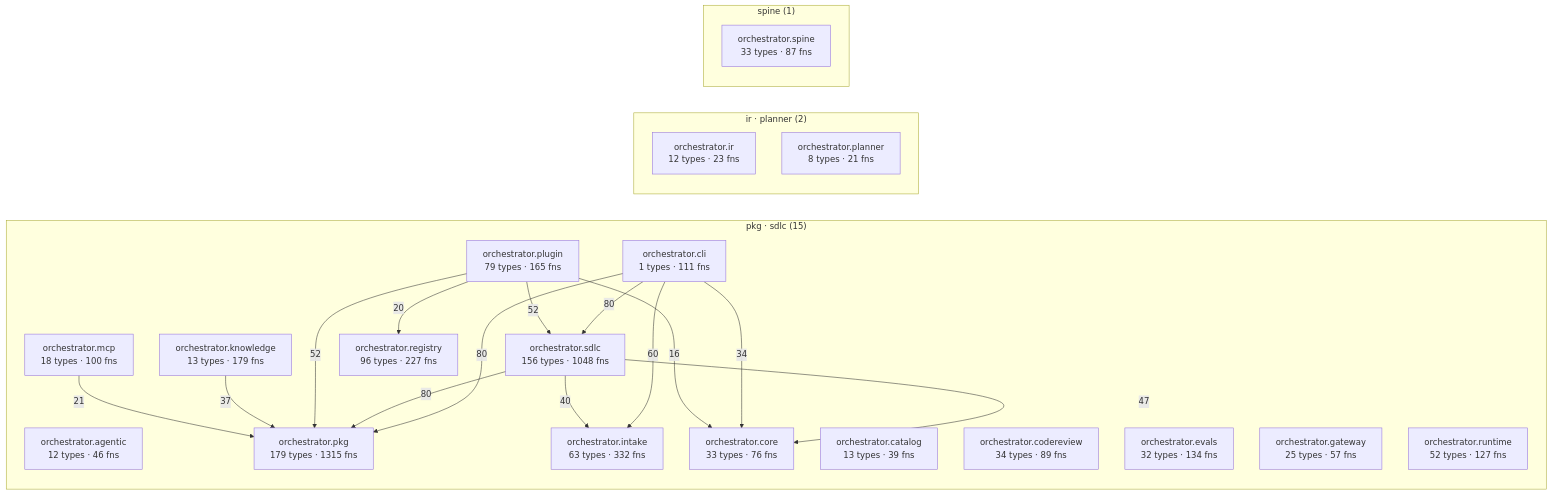
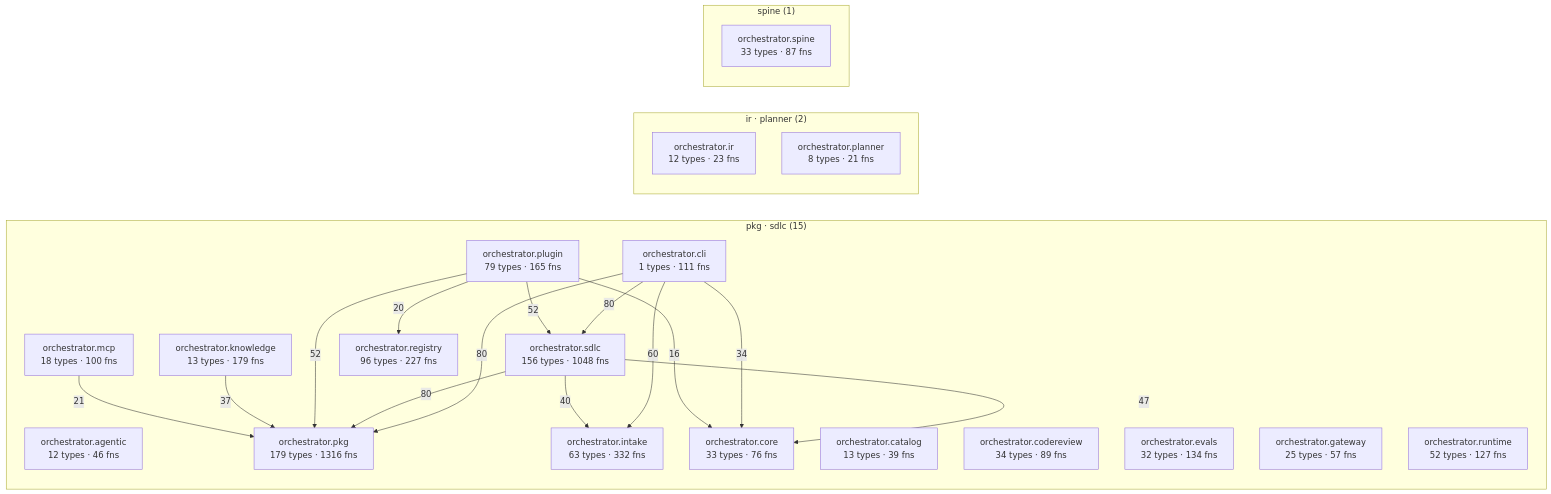
Before and after one commit to synaptixs/spine: the diagram in episteme/architecture.md, drawn with Mermaid. The commit also changed other lines of this file and 12 other files, not shown here.

````diff
--- a/episteme/architecture.md
+++ b/episteme/architecture.md
@@ -56,40 +56,40 @@
 ```mermaid
 flowchart LR
   subgraph c_2["pkg · sdlc (15)"]
     aorchestratoragentic["orchestrator.agentic<br/>12 types · 46 fns"]
     aorchestratorcatalog["orchestrator.catalog<br/>13 types · 39 fns"]
     aorchestratorcli["orchestrator.cli<br/>1 types · 111 fns"]
     aorchestratorcodereview["orchestrator.codereview<br/>34 types · 89 fns"]
     aorchestratorcore["orchestrator.core<br/>33 types · 76 fns"]
     aorchestratorevals["orchestrator.evals<br/>32 types · 134 fns"]
     aorchestratorgateway["orchestrator.gateway<br/>25 types · 57 fns"]
     aorchestratorintake["orchestrator.intake<br/>63 types · 332 fns"]
     aorchestratorknowledge["orchestrator.knowledge<br/>13 types · 179 fns"]
     aorchestratormcp["orchestrator.mcp<br/>18 types · 100 fns"]
-    aorchestratorpkg["orchestrator.pkg<br/>179 types · 1315 fns"]
+    aorchestratorpkg["orchestrator.pkg<br/>179 types · 1316 fns"]
     aorchestratorplugin["orchestrator.plugin<br/>79 types · 165 fns"]
     aorchestratorregistry["orchestrator.registry<br/>96 types · 227 fns"]
     aorchestratorruntime["orchestrator.runtime<br/>52 types · 127 fns"]
     aorchestratorsdlc["orchestrator.sdlc<br/>156 types · 1048 fns"]
   end
   subgraph c_5["ir · planner (2)"]
     aorchestratorir["orchestrator.ir<br/>12 types · 23 fns"]
     aorchestratorplanner["orchestrator.planner<br/>8 types · 21 fns"]
   end
   subgraph c_10["spine (1)"]
     aorchestratorspine["orchestrator.spine<br/>33 types · 87 fns"]
   end
   aorchestratorcli -->|80| aorchestratorpkg
   aorchestratorcli -->|80| aorchestratorsdlc
   aorchestratorsdlc -->|80| aorchestratorpkg
   aorchestratorcli -->|60| aorchestratorintake
   aorchestratorplugin -->|52| aorchestratorpkg
   aorchestratorplugin -->|52| aorchestratorsdlc
   aorchestratorsdlc -->|47| aorchestratorcore
   aorchestratorsdlc -->|40| aorchestratorintake
   aorchestratorknowledge -->|37| aorchestratorpkg
   aorchestratorcli -->|34| aorchestratorcore
   aorchestratormcp -->|21| aorchestratorpkg
   aorchestratorplugin -->|20| aorchestratorregistry
   aorchestratorplugin -->|16| aorchestratorcore
 ```
````
